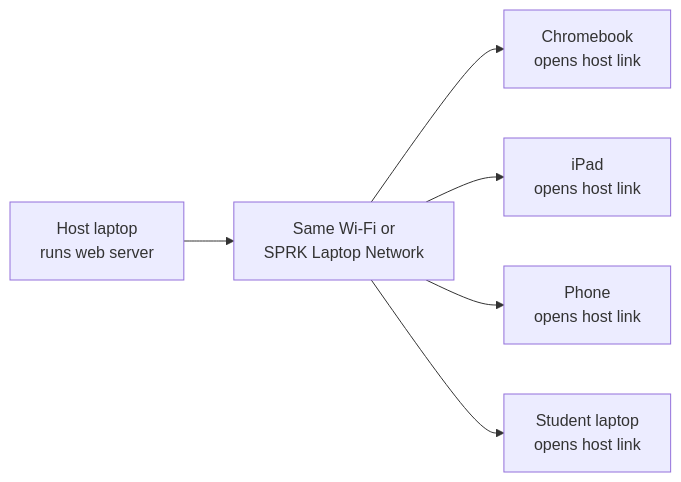
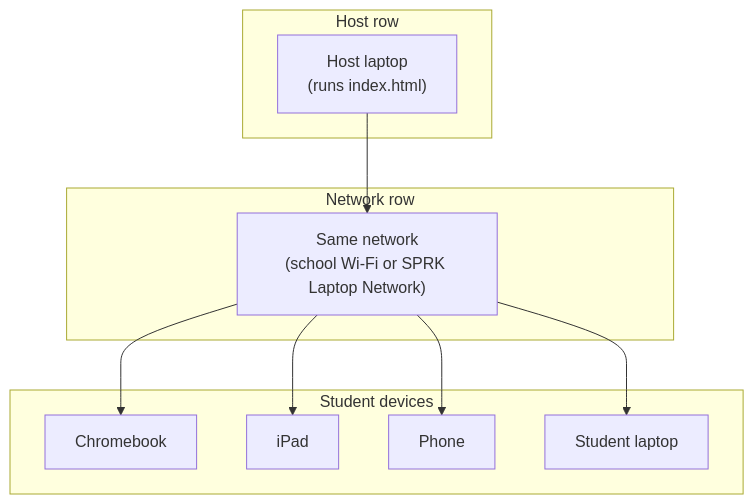
One commit to Mr-PI-Bala/SPRK-Hello-Repo changed the second of 6 diagrams in missions/01-ReactionRace-nP/docs/MISSION_GUIDE.md. Above: the diagram before and after it, drawn with Mermaid. The commit also changed other lines of this file and 1 other file, not shown here.

````diff
--- a/missions/01-ReactionRace-nP/docs/MISSION_GUIDE.md
+++ b/missions/01-ReactionRace-nP/docs/MISSION_GUIDE.md
@@ -106,8 +123,20 @@
 ```mermaid
-flowchart LR
-    Host["Host laptop<br/>runs web server"] --> Network["Same Wi-Fi or<br/>SPRK Laptop Network"]
-    Network --> Chromebook["Chromebook<br/>opens host link"]
-    Network --> IPad["iPad<br/>opens host link"]
-    Network --> Phone["Phone<br/>opens host link"]
-    Network --> Laptop["Student laptop<br/>opens host link"]
+flowchart TB
+    subgraph HostRow["Host row"]
+        Host["Host laptop<br/>(runs index.html)"]
+    end
+    subgraph NetworkRow["Network row"]
+        Network["Same network<br/>(school Wi-Fi or SPRK Laptop Network)"]
+    end
+    subgraph StudentRow["Student devices"]
+        Chromebook["Chromebook"]
+        IPad["iPad"]
+        Phone["Phone"]
+        Laptop["Student laptop"]
+    end
+    Host --> Network
+    Network --> Chromebook
+    Network --> IPad
+    Network --> Phone
+    Network --> Laptop
 ```
````
